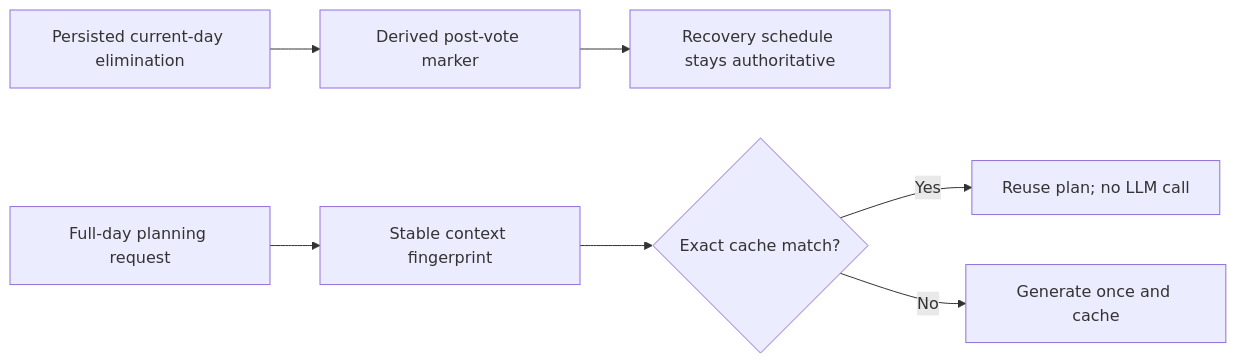
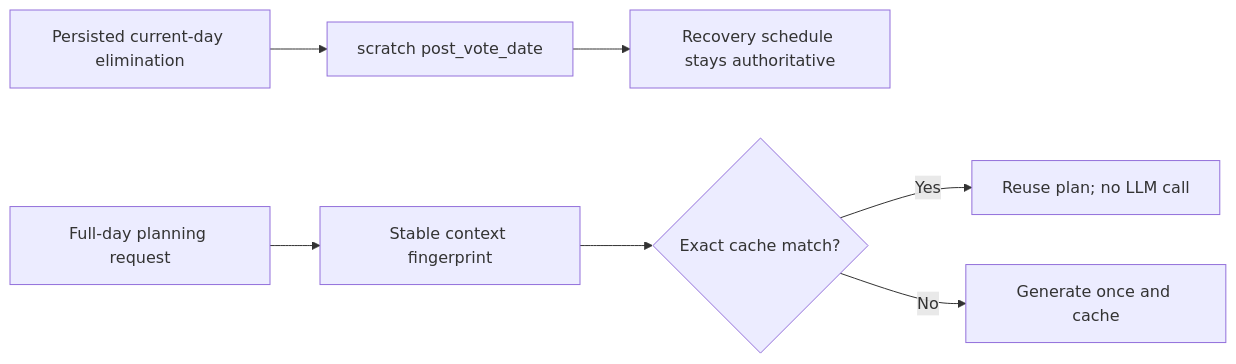
The diagram in 20260709_durable_post-vote_planning_6b81b1b9.plan.md (ivan-exsy/double-ivan), drawn with Mermaid before and after one commit. The commit also changed other lines of this file and 1 other file, not shown here.

First line of the commit message:
Finalize durable post-vote planning and update checklist for live proof

````diff
--- a/20260709_durable_post-vote_planning_6b81b1b9.plan.md
+++ b/20260709_durable_post-vote_planning_6b81b1b9.plan.md
@@ -33,9 +50,9 @@
 ```mermaid
 flowchart LR
-    persistedElimination["Persisted current-day elimination"] --> postVoteMarker["Derived post-vote marker"]
+    persistedElimination["Persisted current-day elimination"] --> postVoteMarker["scratch post_vote_date"]
     postVoteMarker --> recoveryBarrier["Recovery schedule stays authoritative"]
     fullPlanRequest["Full-day planning request"] --> contextFingerprint["Stable context fingerprint"]
     contextFingerprint --> exactCache{"Exact cache match?"}
     exactCache -->|Yes| reusePlan["Reuse plan; no LLM call"]
     exactCache -->|No| freshPlan["Generate once and cache"]
 ```
````
